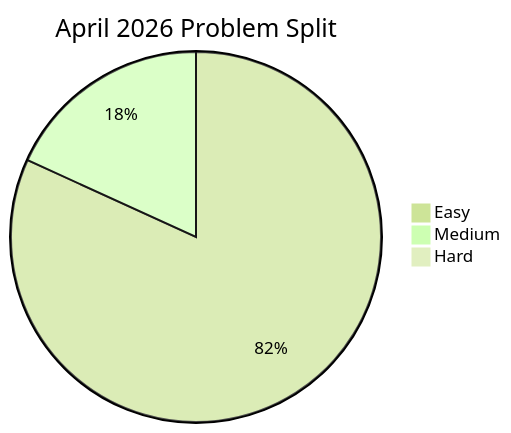
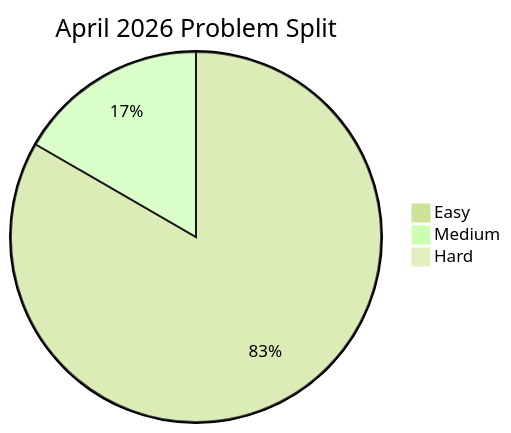
The third of 4 diagrams in README.md (manikantbindass/Codeforces-Interview-Preparation-Journey), drawn with Mermaid (forest theme) before and after one commit. The commit also changed other lines of this file and 2 other files, not shown here.

Commit message:
feat(easy): add Tram solutions

````diff
--- a/README.md
+++ b/README.md
@@ -414,6 +415,6 @@
 ```mermaid
 pie title April 2026 Problem Split
-    "Easy" : 9
+    "Easy" : 10
     "Medium" : 2
     "Hard" : 0
 ```
````
